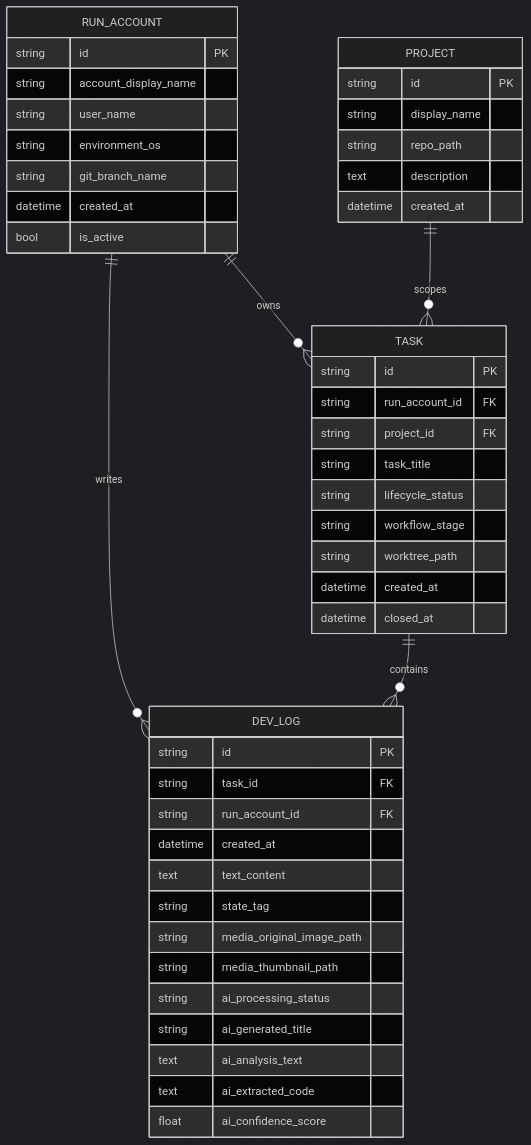
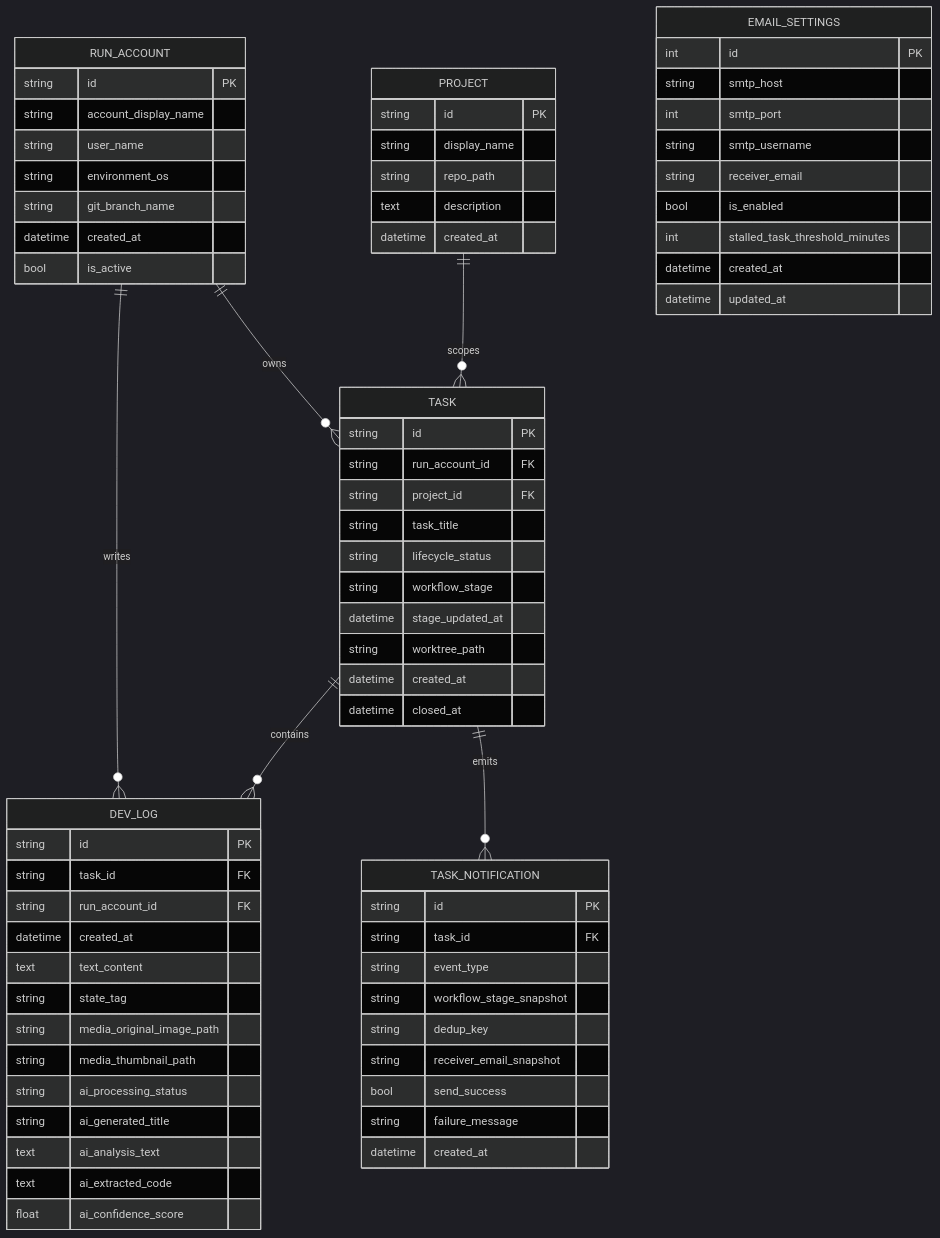
One commit to zata-zhangtao/koda changed the diagram in docs/database/schema.md. Above: the diagram before and after it, drawn with Mermaid (dark theme). The commit also changed other lines of this file and 26 other files, not shown here.

First line of the commit message:
feat(task-notifications): add stalled task reminders and notification service

````diff
--- a/docs/database/schema.md
+++ b/docs/database/schema.md
@@ -20,53 +22,79 @@
 ```mermaid
 erDiagram
     RUN_ACCOUNT ||--o{ TASK : owns
     RUN_ACCOUNT ||--o{ DEV_LOG : writes
     PROJECT ||--o{ TASK : scopes
     TASK ||--o{ DEV_LOG : contains
+    TASK ||--o{ TASK_NOTIFICATION : emits
 
     RUN_ACCOUNT {
         string id PK
         string account_display_name
         string user_name
         string environment_os
         string git_branch_name
         datetime created_at
         bool is_active
     }
 
     PROJECT {
         string id PK
         string display_name
         string repo_path
         text description
         datetime created_at
     }
 
     TASK {
         string id PK
         string run_account_id FK
         string project_id FK
         string task_title
         string lifecycle_status
         string workflow_stage
+        datetime stage_updated_at
         string worktree_path
         datetime created_at
         datetime closed_at
     }
 
     DEV_LOG {
         string id PK
         string task_id FK
         string run_account_id FK
         datetime created_at
         text text_content
         string state_tag
         string media_original_image_path
         string media_thumbnail_path
         string ai_processing_status
         string ai_generated_title
         text ai_analysis_text
         text ai_extracted_code
         float ai_confidence_score
     }
+
+    EMAIL_SETTINGS {
+        int id PK
+        string smtp_host
+        int smtp_port
+        string smtp_username
+        string receiver_email
+        bool is_enabled
+        int stalled_task_threshold_minutes
+        datetime created_at
+        datetime updated_at
+    }
+
+    TASK_NOTIFICATION {
+        string id PK
+        string task_id FK
+        string event_type
+        string workflow_stage_snapshot
+        string dedup_key
+        string receiver_email_snapshot
+        bool send_success
+        string failure_message
+        datetime created_at
+    }
 ```
````
